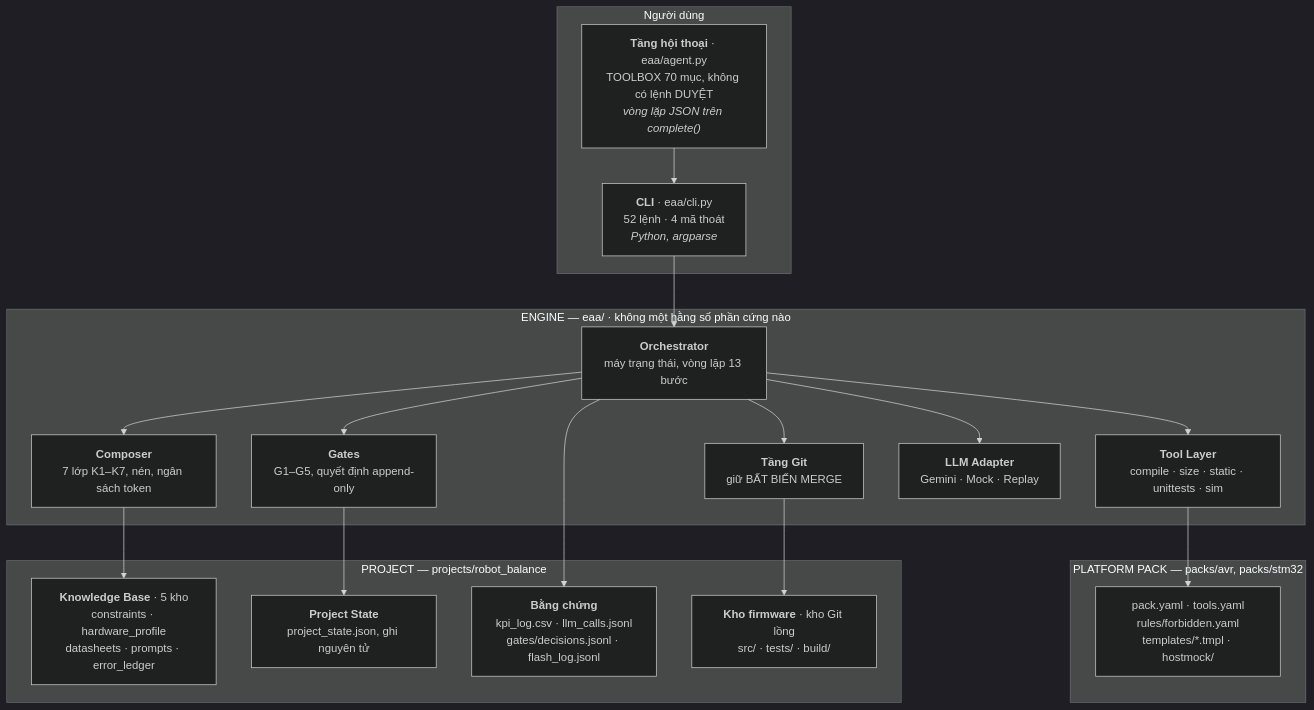
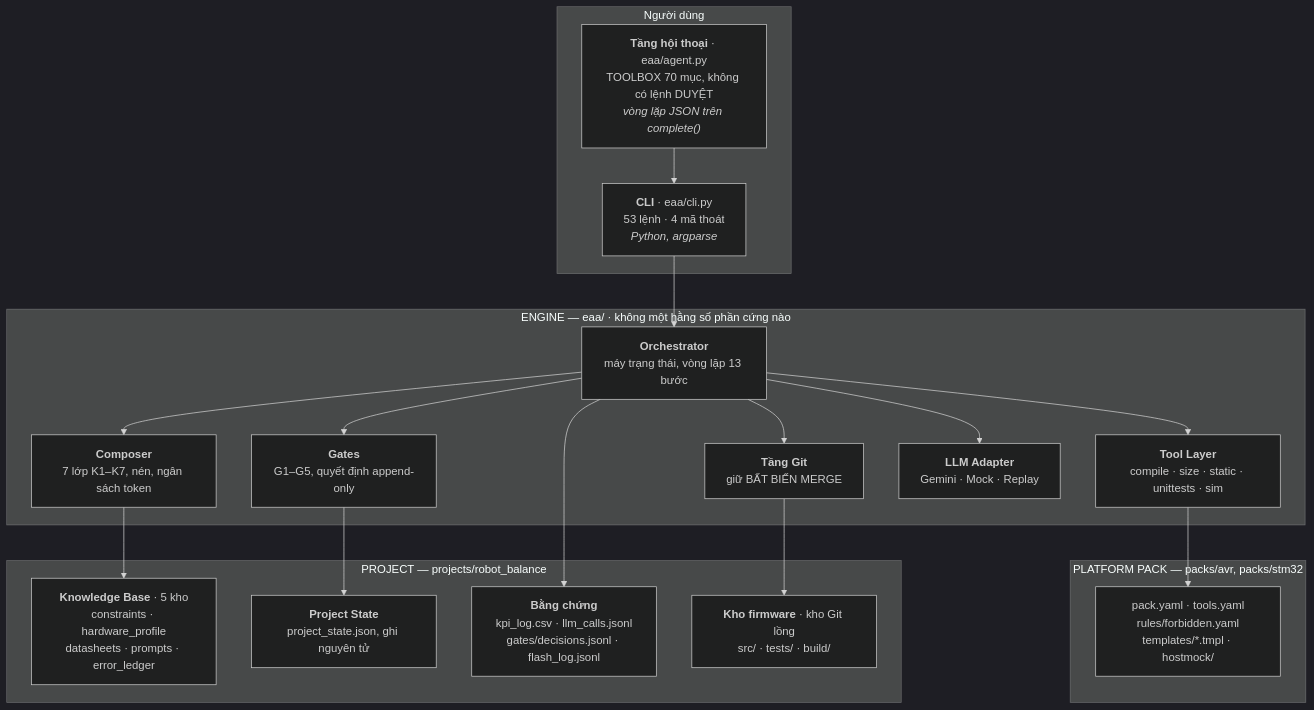
One commit to mobiluckvn/Agent changed the second of 3 diagrams in README.md. Above: the diagram before and after it, drawn with Mermaid (dark theme). The commit also changed other lines of this file and 6 other files, not shown here.

````diff
--- a/README.md
+++ b/README.md
@@ -62,36 +62,36 @@
 ```mermaid
 graph TB
     subgraph N["Người dùng"]
-        CLI["<b>CLI</b> · eaa/cli.py<br/>52 lệnh · 4 mã thoát<br/><i>Python, argparse</i>"]
+        CLI["<b>CLI</b> · eaa/cli.py<br/>53 lệnh · 4 mã thoát<br/><i>Python, argparse</i>"]
         CHAT["<b>Tầng hội thoại</b> · eaa/agent.py<br/>TOOLBOX 70 mục, không có lệnh DUYỆT<br/><i>vòng lặp JSON trên complete()</i>"]
     end
 
     subgraph E["ENGINE — eaa/ · không một hằng số phần cứng nào"]
         ORC["<b>Orchestrator</b><br/>máy trạng thái, vòng lặp 13 bước"]
         COMP["<b>Composer</b><br/>7 lớp K1–K7, nén, ngân sách token"]
         GATE["<b>Gates</b><br/>G1–G5, quyết định append-only"]
         TOOL["<b>Tool Layer</b><br/>compile · size · static · unittests · sim"]
         VCS["<b>Tầng Git</b><br/>giữ BẤT BIẾN MERGE"]
         LLMA["<b>LLM Adapter</b><br/>Gemini · Mock · Replay"]
     end
 
     subgraph P["PLATFORM PACK — packs/avr, packs/stm32"]
         PACK["pack.yaml · tools.yaml<br/>rules/forbidden.yaml<br/>templates/*.tmpl · hostmock/"]
     end
 
     subgraph D["PROJECT — projects/robot_balance"]
         KB["<b>Knowledge Base</b> · 5 kho<br/>constraints · hardware_profile<br/>datasheets · prompts · error_ledger"]
         ST["<b>Project State</b><br/>project_state.json, ghi nguyên tử"]
         EV["<b>Bằng chứng</b><br/>kpi_log.csv · llm_calls.jsonl<br/>gates/decisions.jsonl · flash_log.jsonl"]
         FW["<b>Kho firmware</b> · kho Git lồng<br/>src/ · tests/ · build/"]
     end
 
     CLI --> ORC
     CHAT --> CLI
     ORC --> COMP --> KB
     ORC --> TOOL --> PACK
     ORC --> GATE --> ST
     ORC --> VCS --> FW
     ORC --> LLMA
     ORC --> EV
 ```
````
